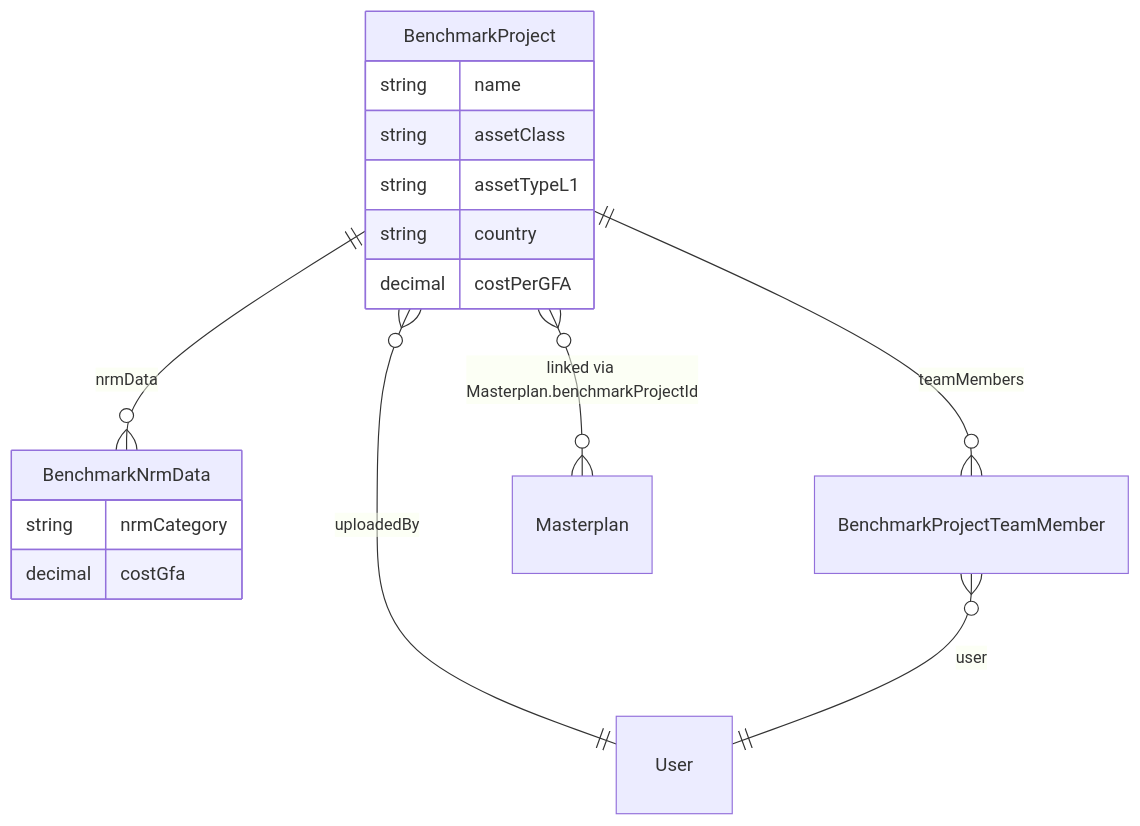
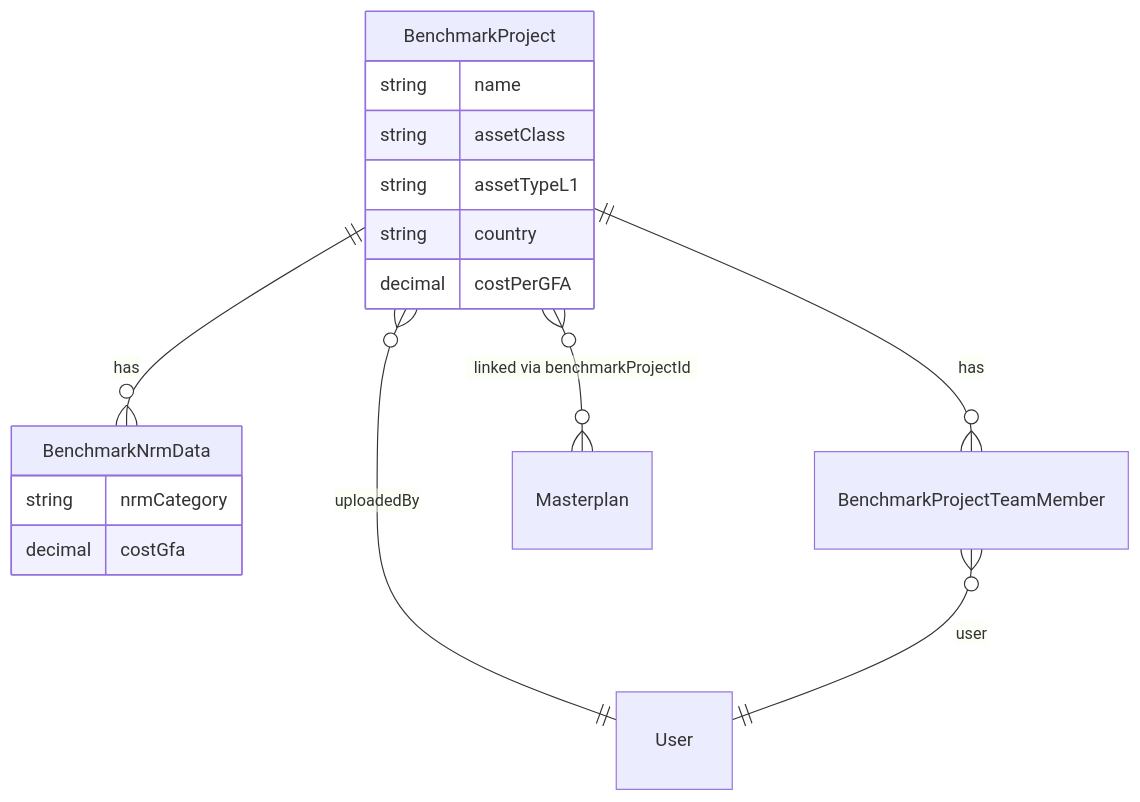
The first of 3 diagrams in docs/modules/iox-secondary-modules.md (tajalagawani/BOQs-master), drawn with Mermaid before and after one commit. The commit also changed other lines of this file and 8 other files, not shown here.

First line of the commit message:
fix(docs): mermaid 11 syntax across 18 diagrams in 9 module docs

````diff
--- a/docs/modules/iox-secondary-modules.md
+++ b/docs/modules/iox-secondary-modules.md
@@ -74,19 +74,19 @@
 ```mermaid
 erDiagram
-  BenchmarkProject ||--o{ BenchmarkNrmData : "nrmData"
-  BenchmarkProject ||--o{ BenchmarkProjectTeamMember : "teamMembers"
-  BenchmarkProject }o--o{ Masterplan : "linked via Masterplan.benchmarkProjectId"
-  BenchmarkProject }o--|| User : "uploadedBy"
-  BenchmarkProjectTeamMember }o--|| User : "user"
-  BenchmarkNrmData {
-    string nrmCategory
-    decimal costGfa
-  }
-  BenchmarkProject {
-    string name
-    string assetClass
-    string assetTypeL1
-    string country
-    decimal costPerGFA
-  }
+    BenchmarkProject ||--o{ BenchmarkNrmData : has
+    BenchmarkProject ||--o{ BenchmarkProjectTeamMember : has
+    BenchmarkProject }o--o{ Masterplan : "linked via benchmarkProjectId"
+    BenchmarkProject }o--|| User : uploadedBy
+    BenchmarkProjectTeamMember }o--|| User : user
+    BenchmarkNrmData {
+        string nrmCategory
+        decimal costGfa
+    }
+    BenchmarkProject {
+        string name
+        string assetClass
+        string assetTypeL1
+        string country
+        decimal costPerGFA
+    }
 ```
````
